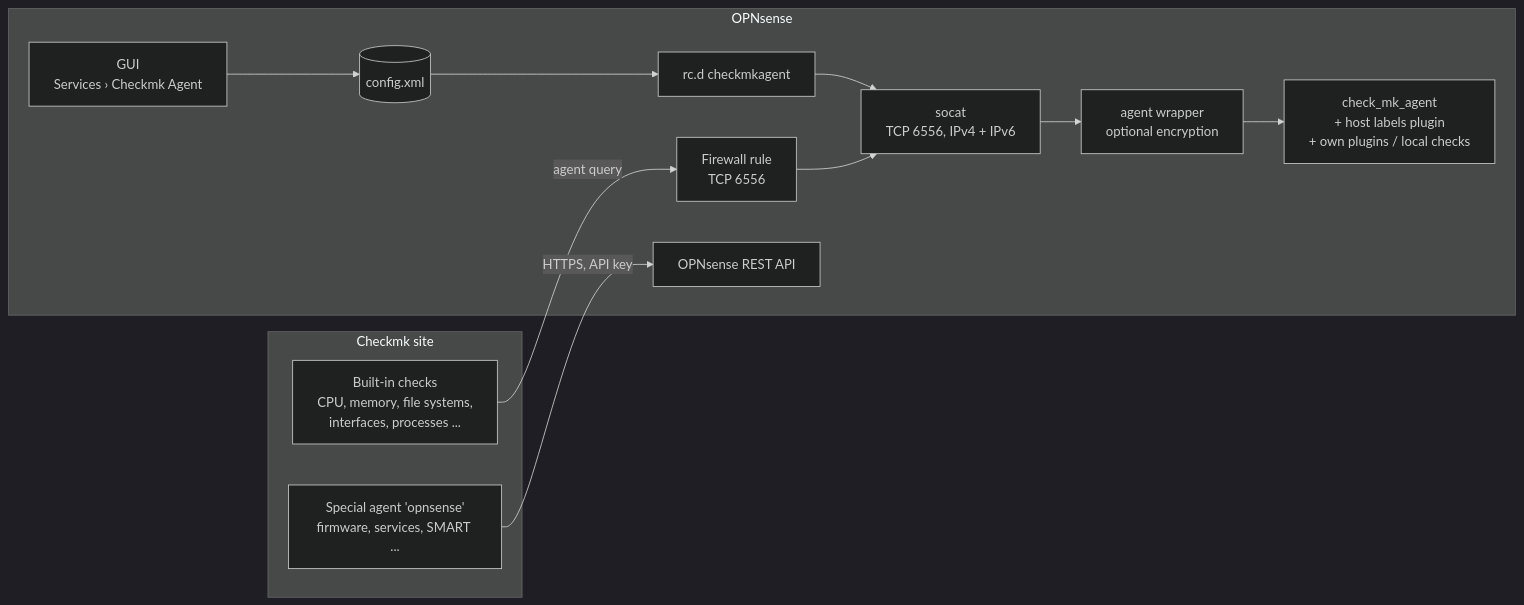
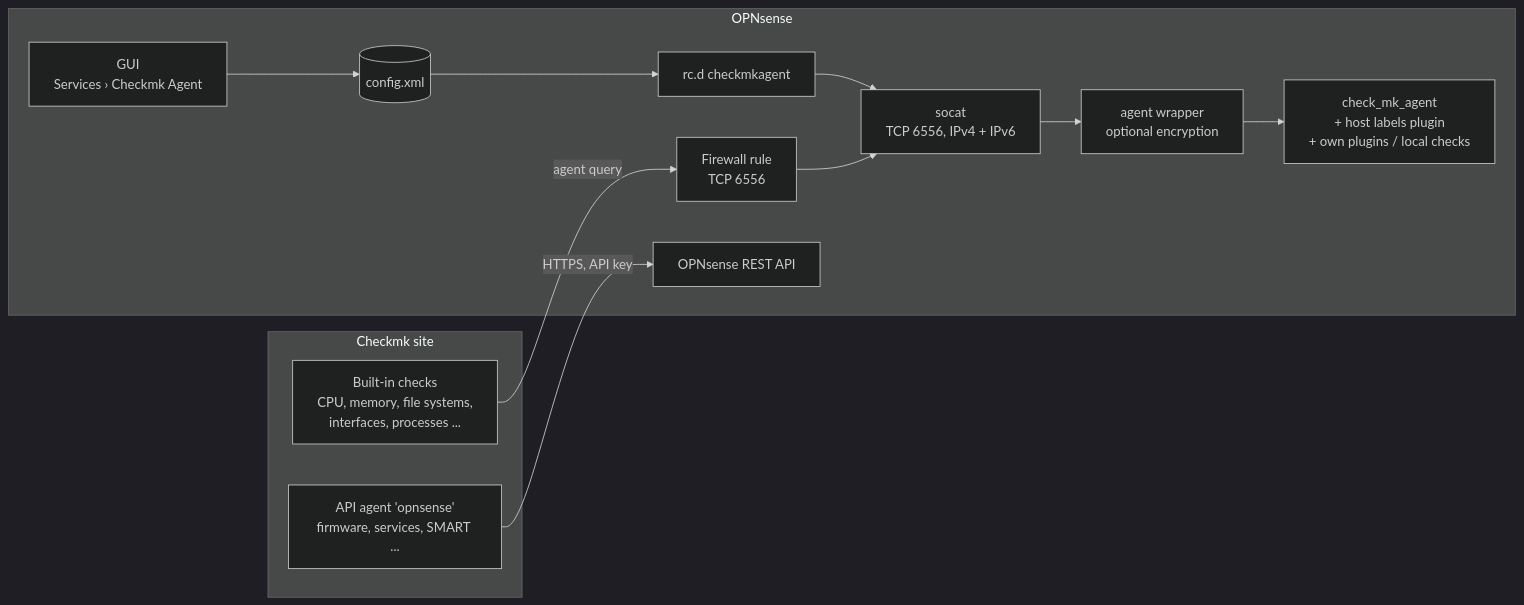
Before and after one commit to doctore74/opnsense_checkmk_agent: the diagram in README.md, drawn with Mermaid (dark theme). The commit also changed other lines of this file and 1 other file, not shown here.

Commit message:
docs: agent and SNMP measured side by side, name the REST API special agent 'API agent'

````diff
--- a/README.md
+++ b/README.md
@@ -44,22 +44,22 @@
 ```mermaid
 flowchart LR
     subgraph OPN["OPNsense"]
         GUI["GUI<br/>Services › Checkmk Agent"]
         CFG[("config.xml")]
         RC["rc.d checkmkagent"]
         FW["Firewall rule<br/>TCP 6556"]
         SOCAT["socat<br/>TCP 6556, IPv4 + IPv6"]
         WRAP["agent wrapper<br/>optional encryption"]
         AGENT["check_mk_agent<br/>+ host labels plugin<br/>+ own plugins / local checks"]
         API["OPNsense REST API"]
         GUI --> CFG --> RC --> SOCAT --> WRAP --> AGENT
     end
 
     subgraph CMK["Checkmk site"]
         BUILTIN["Built-in checks<br/>CPU, memory, file systems,<br/>interfaces, processes ..."]
-        SPECIAL["Special agent 'opnsense'<br/>firmware, services, SMART ..."]
+        SPECIAL["API agent 'opnsense'<br/>firmware, services, SMART ..."]
     end
 
     BUILTIN -- "agent query" --> FW --> SOCAT
     SPECIAL -- "HTTPS, API key" --> API
 ```
````
